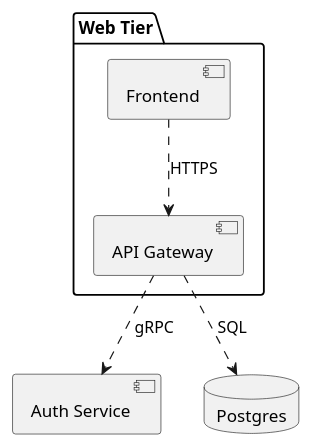
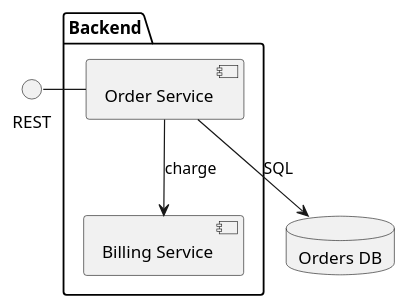
The second of 2 diagrams in containers/kr0ki-storyb00k-agent/skills/types/component.md (PromptExecution/kr0ki), drawn with PlantUML before and after one commit. The commit also changed other lines of this file and 43 other files, not shown here.

````diff
--- a/containers/kr0ki-storyb00k-agent/skills/types/component.md
+++ b/containers/kr0ki-storyb00k-agent/skills/types/component.md
@@ -15,13 +50,13 @@
 ```plantuml
 @startuml
-package "Web Tier" {
-  [Frontend]
-  [API Gateway]
+package "Backend" {
+  [Order Service] as orders
+  [Billing Service] as billing
 }
-component "Auth Service" as auth
-database "Postgres" as db
-[Frontend] ..> [API Gateway] : HTTPS
-[API Gateway] ..> auth : gRPC
-[API Gateway] ..> db : SQL
+database "Orders DB" as db
+interface REST
+REST - orders
+orders --> billing : charge
+orders --> db : SQL
 @enduml
 ```
````
